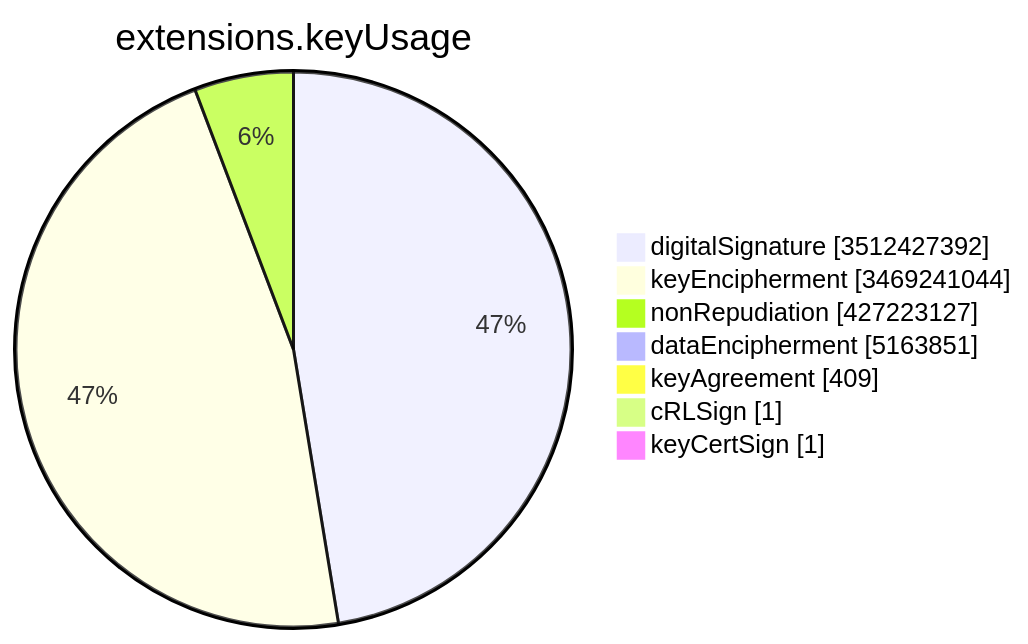
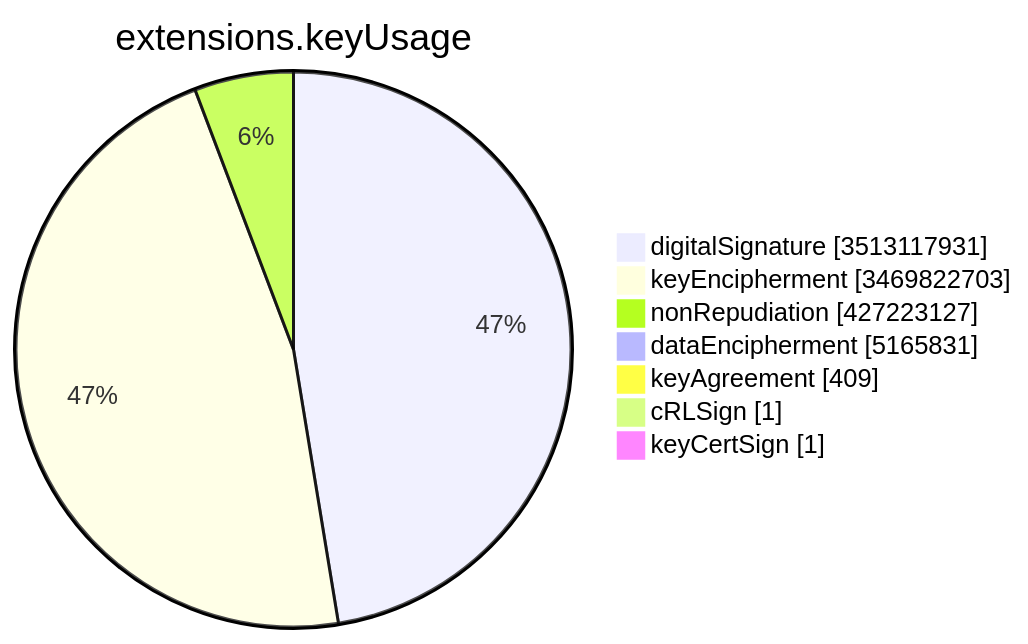
One commit to christiankrug/ctmonitor_visualization changed the sixth of 15 diagrams in TOTAL/README.md. Above: the diagram before and after it, drawn with Mermaid. The commit also changed other lines of this file, not shown here.

````diff
--- a/TOTAL/README.md
+++ b/TOTAL/README.md
@@ -3083,11 +3083,11 @@
 ```mermaid
 pie showData
 title extensions.keyUsage
-"digitalSignature" :3512427392
-"keyEncipherment" :3469241044
+"digitalSignature" :3513117931
+"keyEncipherment" :3469822703
 "nonRepudiation" :427223127
-"dataEncipherment" :5163851
+"dataEncipherment" :5165831
 "keyAgreement" :409
 "cRLSign" :1
 "keyCertSign" :1
 ```
````
